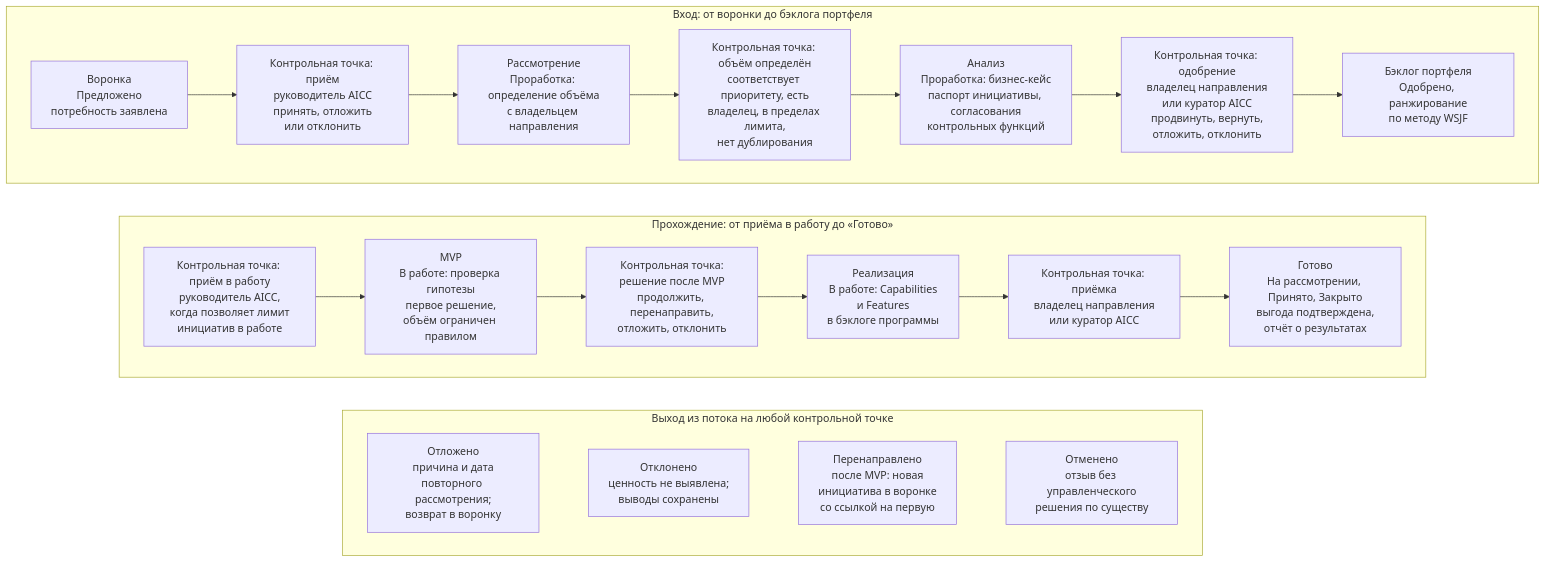
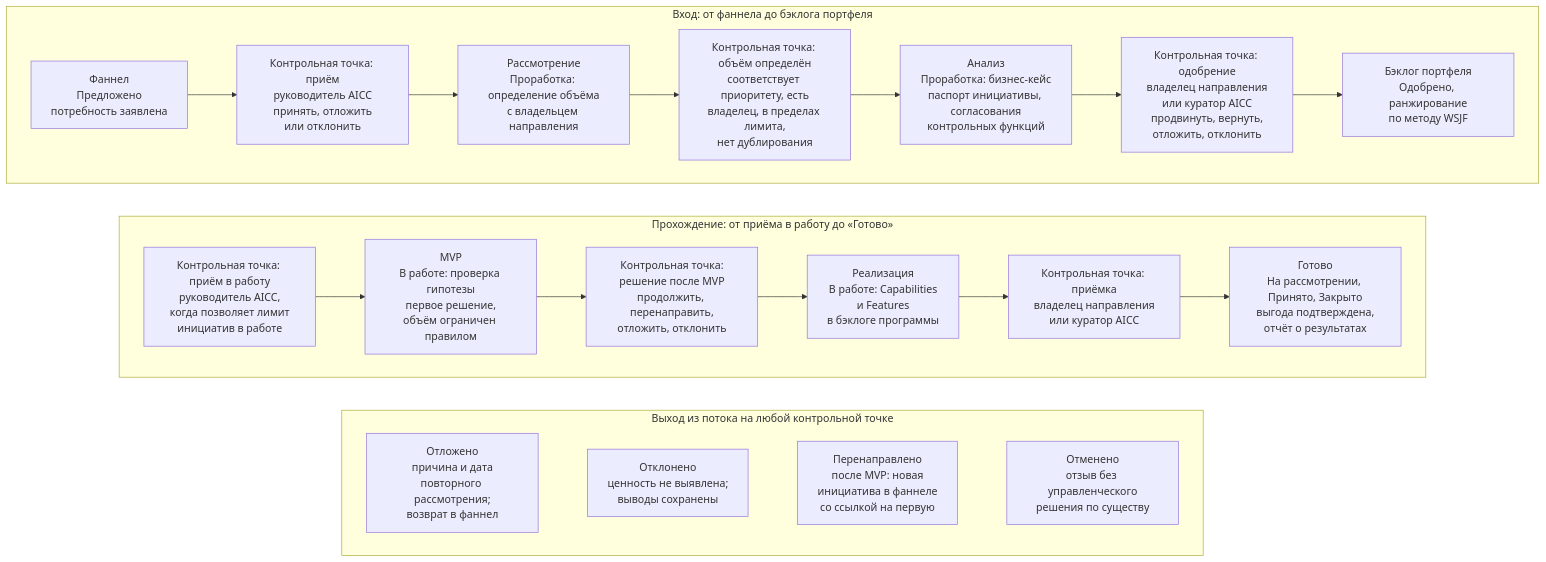
Before and after one commit to devhogu/ob-aicc: the diagram in portal/content/ru/portfolio/the-flow.md, drawn with Mermaid. The commit also changed other lines of this file and 96 other files, not shown here.

First line of the commit message:
Russian edition: the portfolio Funnel is «фаннел», not «воронка»

````diff
--- a/portal/content/ru/portfolio/the-flow.md
+++ b/portal/content/ru/portfolio/the-flow.md
@@ -15,26 +15,26 @@
 ```mermaid
 flowchart TB
-  subgraph ROW1["Вход: от воронки до бэклога портфеля"]
+  subgraph ROW1["Вход: от фаннела до бэклога портфеля"]
     direction LR
-    FU["Воронка<br/>Предложено<br/>потребность заявлена"] --> G1["Контрольная точка: приём<br/>руководитель AICC<br/>принять, отложить<br/>или отклонить"]
+    FU["Фаннел<br/>Предложено<br/>потребность заявлена"] --> G1["Контрольная точка: приём<br/>руководитель AICC<br/>принять, отложить<br/>или отклонить"]
     G1 --> RV["Рассмотрение<br/>Проработка: определение объёма<br/>с владельцем направления"]
     RV --> G2["Контрольная точка: объём определён<br/>соответствует приоритету, есть<br/>владелец, в пределах лимита,<br/>нет дублирования"]
     G2 --> AN["Анализ<br/>Проработка: бизнес-кейс<br/>паспорт инициативы, согласования<br/>контрольных функций"]
     AN --> G3["Контрольная точка: одобрение<br/>владелец направления<br/>или куратор AICC<br/>продвинуть, вернуть,<br/>отложить, отклонить"]
     G3 --> PB["Бэклог портфеля<br/>Одобрено, ранжирование<br/>по методу WSJF"]
   end
   subgraph ROW2["Прохождение: от приёма в работу до «Готово»"]
     direction LR
     G4["Контрольная точка: приём в работу<br/>руководитель AICC,<br/>когда позволяет лимит<br/>инициатив в работе"] --> MV["MVP<br/>В работе: проверка гипотезы<br/>первое решение,<br/>объём ограничен правилом"]
     MV --> G5["Контрольная точка:<br/>решение после MVP<br/>продолжить, перенаправить,<br/>отложить, отклонить"]
     G5 --> IM["Реализация<br/>В работе: Capabilities<br/>и Features<br/>в бэклоге программы"]
     IM --> G6["Контрольная точка: приёмка<br/>владелец направления<br/>или куратор AICC"]
     G6 --> DN["Готово<br/>На рассмотрении, Принято, Закрыто<br/>выгода подтверждена,<br/>отчёт о результатах"]
   end
   subgraph ROW3["Выход из потока на любой контрольной точке"]
     direction LR
-    DF["Отложено<br/>причина и дата<br/>повторного рассмотрения;<br/>возврат в воронку"] ~~~ RJ["Отклонено<br/>ценность не выявлена;<br/>выводы сохранены"] ~~~ PV["Перенаправлено<br/>после MVP: новая<br/>инициатива в воронке<br/>со ссылкой на первую"] ~~~ CN["Отменено<br/>отзыв без управленческого<br/>решения по существу"]
+    DF["Отложено<br/>причина и дата<br/>повторного рассмотрения;<br/>возврат в фаннел"] ~~~ RJ["Отклонено<br/>ценность не выявлена;<br/>выводы сохранены"] ~~~ PV["Перенаправлено<br/>после MVP: новая<br/>инициатива в фаннеле<br/>со ссылкой на первую"] ~~~ CN["Отменено<br/>отзыв без управленческого<br/>решения по существу"]
   end
   ROW1 ~~~ ROW2
   ROW2 ~~~ ROW3
 ```
````
